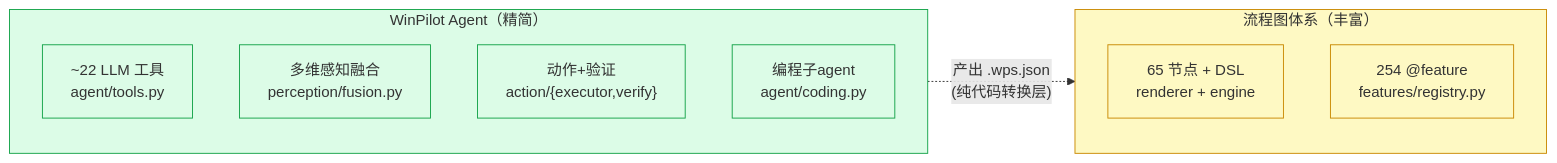
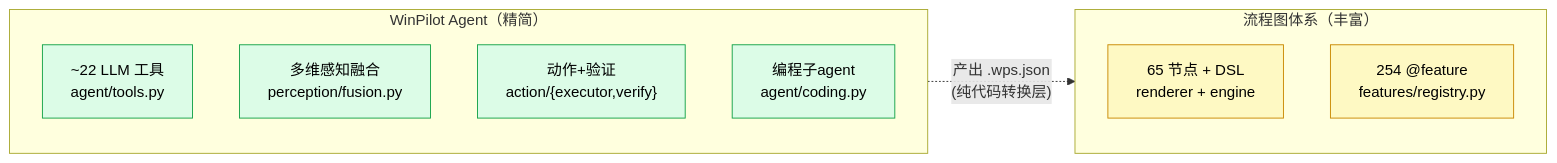
One commit to zoujiapeng/lingdong-script changed the first of 4 diagrams in docs/architecture.md. Above: the diagram before and after it, drawn with Mermaid. The commit also changed other lines of this file and 7 other files, not shown here.

First line of the commit message:
docs: fix Mermaid rendering on GitHub + add full architecture diagram + interview guide

````diff
--- a/docs/architecture.md
+++ b/docs/architecture.md
@@ -16,21 +16,21 @@
 ```mermaid
 flowchart LR
     subgraph A["WinPilot Agent（精简）"]
         direction TB
         tools["~22 LLM 工具<br/>agent/tools.py"]
         percept["多维感知融合<br/>perception/fusion.py"]
         actver["动作+验证<br/>action/{executor,verify}"]
         coding["编程子agent<br/>agent/coding.py"]
     end
     subgraph B["流程图体系（丰富）"]
         direction TB
         nodes["65 节点 + DSL<br/>renderer + engine"]
         feats["254 @feature<br/>features/registry.py"]
     end
     A -. "产出 .wps.json<br/>(纯代码转换层)" .-> B
 
-    classDef live fill:#dcfce7,stroke:#16a34a;
-    classDef legacy fill:#fef9c3,stroke:#ca8a04;
-    class A,tools,percept,actver,coding live;
-    class B,nodes,feats legacy;
+    classDef liveNode fill:#dcfce7,stroke:#16a34a,color:#000;
+    classDef oldNode fill:#fef9c3,stroke:#ca8a04,color:#000;
+    class tools,percept,actver,coding liveNode;
+    class nodes,feats oldNode;
 ```
````
